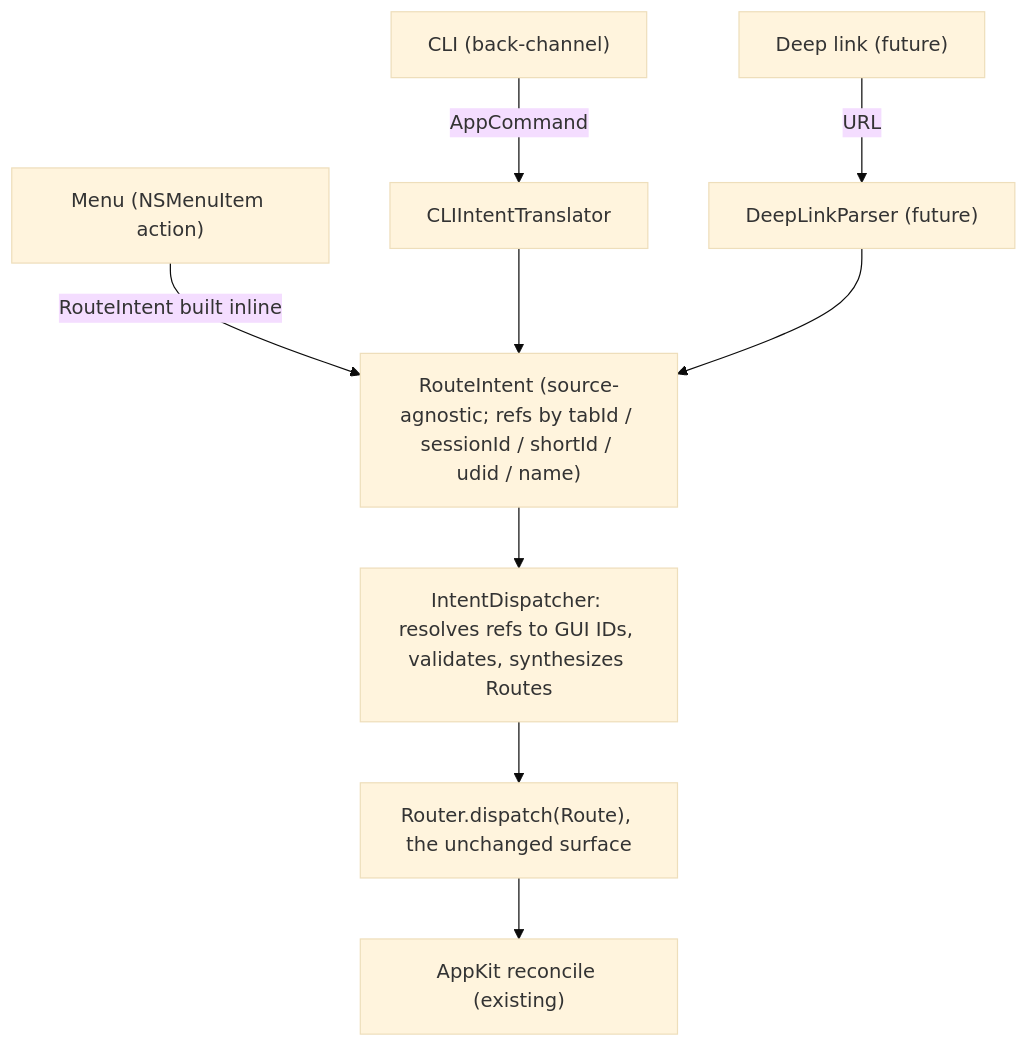
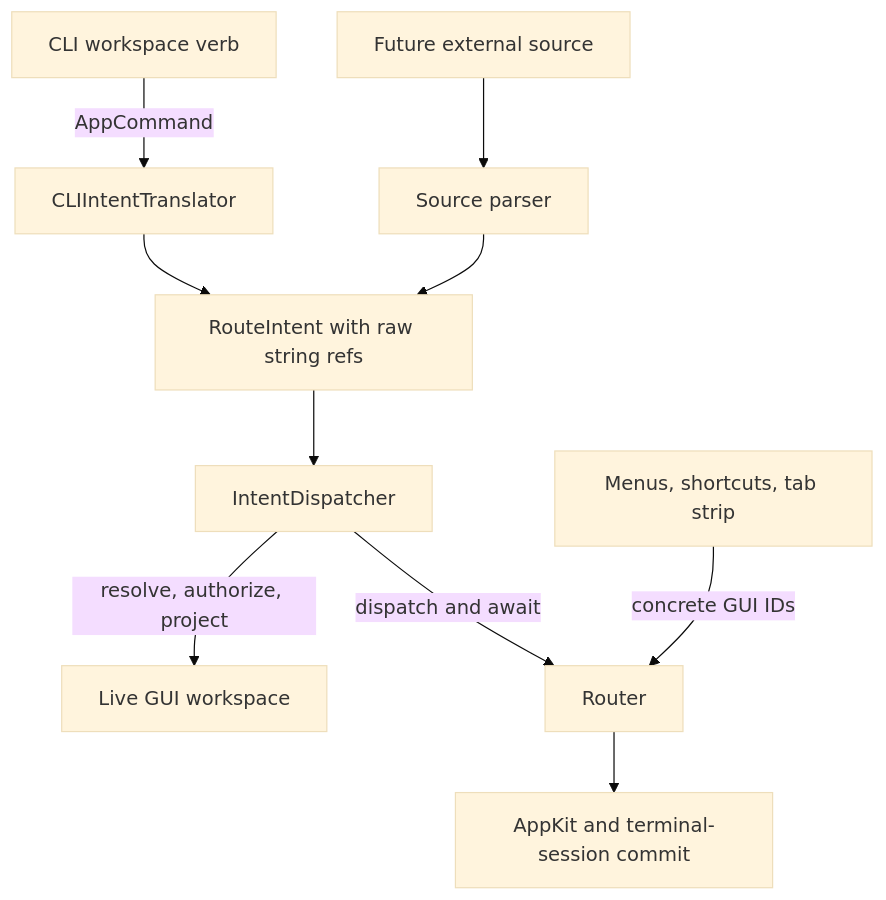
One commit to sethdeckard/deviceterm changed the third of 4 diagrams in docs/ARCHITECTURE.md. Above: the diagram before and after it, drawn with Mermaid (base theme). The commit also changed other lines of this file and 234 other files, not shown here.

````diff
--- a/docs/ARCHITECTURE.md
+++ b/docs/ARCHITECTURE.md
@@ -3249,11 +3128,12 @@
 ```mermaid
 flowchart TD
-    SRC1["CLI (back-channel)"] -->|AppCommand| CT[CLIIntentTranslator]
-    SRC2["Deep link (future)"] -->|URL| DP["DeepLinkParser (future)"]
-    SRC3["Menu (NSMenuItem action)"] -->|"RouteIntent built inline"| RI
-    CT --> RI["RouteIntent (source-agnostic; refs by tabId / sessionId / shortId / udid / name)"]
-    DP --> RI
-    RI --> ID["IntentDispatcher: resolves refs to GUI IDs, validates, synthesizes Routes"]
-    ID --> R["Router.dispatch(Route), the unchanged surface"]
-    R --> AK["AppKit reconcile (existing)"]
+    CLI["CLI workspace verb"] -->|AppCommand| CT[CLIIntentTranslator]
+    FUTURE["Future external source"] --> PARSER["Source parser"]
+    CT --> RI["RouteIntent with raw string refs"]
+    PARSER --> RI
+    RI --> ID["IntentDispatcher"]
+    ID -->|"resolve, authorize, project"| WS["Live GUI workspace"]
+    ID -->|"dispatch and await"| R[Router]
+    R --> AK["AppKit and terminal-session commit"]
+    GUI["Menus, shortcuts, tab strip"] -->|"concrete GUI IDs"| R
 ```
````
